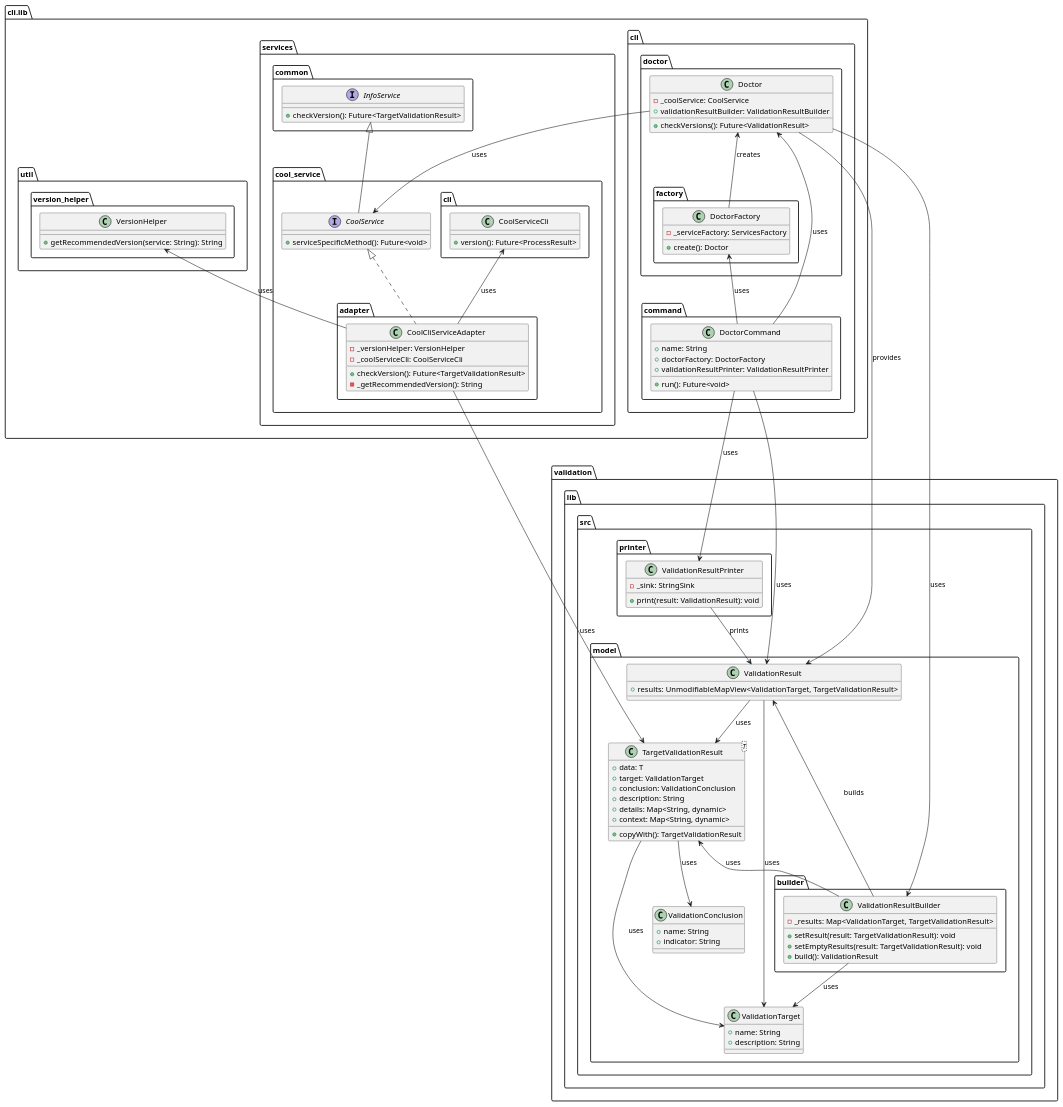
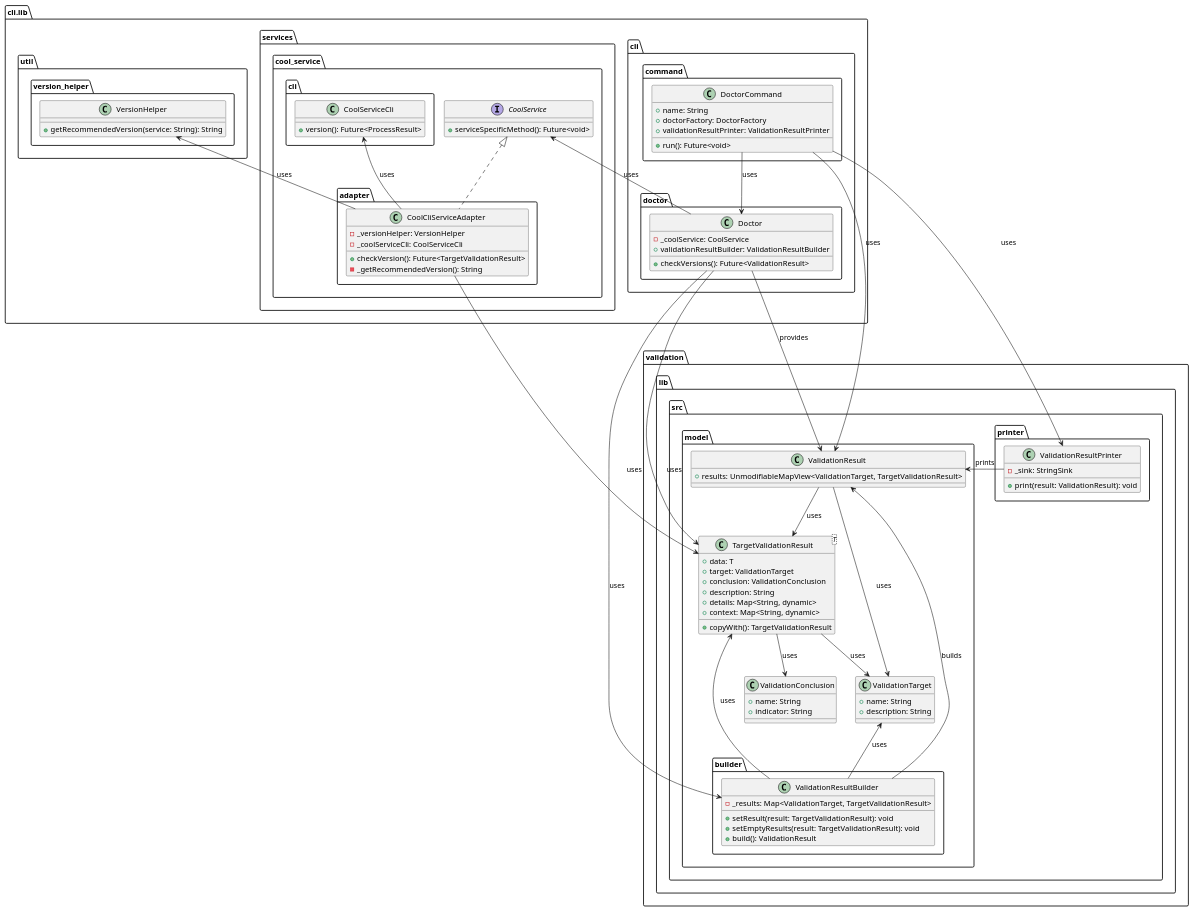
Before and after one commit to Flank/flank-dashboard: the diagram in metrics/cli/docs/features/doctor_output_improvements/diagrams/doctor_output_improvements_class_diagram.puml, drawn with PlantUML. The commit also changed 2 other files, not shown here.

Commit message:
Improve diagrams. Fix headers

```diff
--- a/metrics/cli/docs/features/doctor_output_improvements/diagrams/doctor_output_improvements_class_diagram.puml
+++ b/metrics/cli/docs/features/doctor_output_improvements/diagrams/doctor_output_improvements_class_diagram.puml
@@ -1,147 +1,129 @@
 @startuml doctor_output_improvements_class_diagram
 
 package cli.lib as cli_lib {
     package cli {
         package command {
             class DoctorCommand {
                 + name: String
                 + doctorFactory: DoctorFactory
                 + validationResultPrinter: ValidationResultPrinter
 
                 + run(): Future<void>
             }
         }
 
         package doctor {
-            package factory as doctor_factory {
-                class DoctorFactory {
-                    - _serviceFactory: ServicesFactory
-
-                    + create(): Doctor
-                }
-            }
-
             class Doctor {
                 - _coolService: CoolService
                 + validationResultBuilder: ValidationResultBuilder
 
                 + checkVersions(): Future<ValidationResult>
             }
         }
     }
 
     package services {
-        package common as services_common {
-            interface InfoService {
-                + checkVersion(): Future<TargetValidationResult>
-            }
-        }
-
         package cool_service {
             package adapter {
                 class CoolCliServiceAdapter {
                     - _versionHelper: VersionHelper
                     - _coolServiceCli: CoolServiceCli
 
                     + checkVersion(): Future<TargetValidationResult>
                     - _getRecommendedVersion(): String
                 }
             }
 
             package cli as cool_service_cli {
                 class CoolServiceCli {
                     + version(): Future<ProcessResult>
                 }
             }
 
             interface CoolService {
                 + serviceSpecificMethod(): Future<void>
             }
         }
     }
 
     package util.version_helper {
         class VersionHelper {
             + getRecommendedVersion(service: String): String
         }
     }
 }
 
 package validation.lib.src {
     package model {
         package builder {
             class ValidationResultBuilder {
                 - _results: Map<ValidationTarget, TargetValidationResult>
 
                 + setResult(result: TargetValidationResult): void
                 + setEmptyResults(result: TargetValidationResult): void
                 + build(): ValidationResult
             }
         }
 
         class ValidationTarget {
             + name: String
             + description: String
         }
 
         class ValidationConclusion {
             + name: String
             + indicator: String
         }
 
         class TargetValidationResult<T> {
             + data: T
             + target: ValidationTarget
             + conclusion: ValidationConclusion
             + description: String
             + details: Map<String, dynamic>
             + context: Map<String, dynamic>
 
             + copyWith(): TargetValidationResult
         }
 
         class ValidationResult{
             + results: UnmodifiableMapView<ValidationTarget, TargetValidationResult>
         }
     }
 
     package printer {
         class ValidationResultPrinter{
             - _sink: StringSink
 
             + print(result: ValidationResult): void
         }
     }
 }
 
 TargetValidationResult --> ValidationTarget : uses
 TargetValidationResult --> ValidationConclusion : uses
 
 ValidationResult --> TargetValidationResult : uses
 ValidationResult --> ValidationTarget : uses
 
 ValidationResultBuilder -up-> ValidationResult : builds
-ValidationResultBuilder --> ValidationTarget : uses
+ValidationResultBuilder -up-> ValidationTarget : uses
 ValidationResultBuilder -up-> TargetValidationResult : uses
 
-ValidationResultPrinter --> ValidationResult : prints
+ValidationResultPrinter -left-> ValidationResult : prints
 
-DoctorCommand -up-> DoctorFactory : uses
 DoctorCommand --> ValidationResultPrinter : uses
 DoctorCommand --> Doctor : uses
 DoctorCommand --> ValidationResult : uses
 
-DoctorFactory -up-> Doctor : creates
-
 Doctor --> ValidationResultBuilder : uses
 Doctor --> ValidationResult : provides
-Doctor --> CoolService : uses
+Doctor --> TargetValidationResult : uses
+Doctor -up-> CoolService : uses
 
 CoolCliServiceAdapter .up.|> CoolService
 CoolCliServiceAdapter -up-> CoolServiceCli : uses
 CoolCliServiceAdapter -up-> VersionHelper : uses
 CoolCliServiceAdapter --> TargetValidationResult : uses
 
-CoolService -up-|> InfoService
-
 @enduml
```
